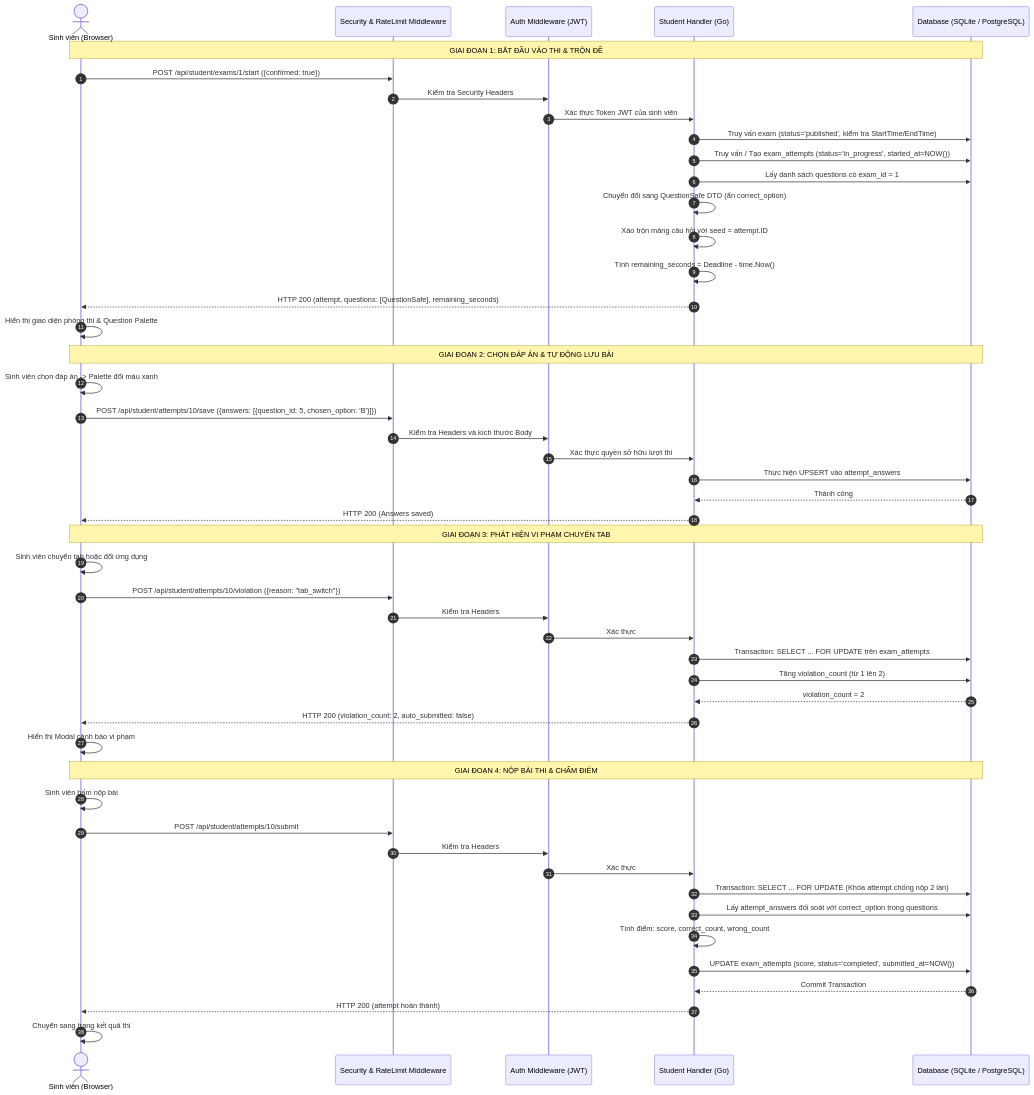
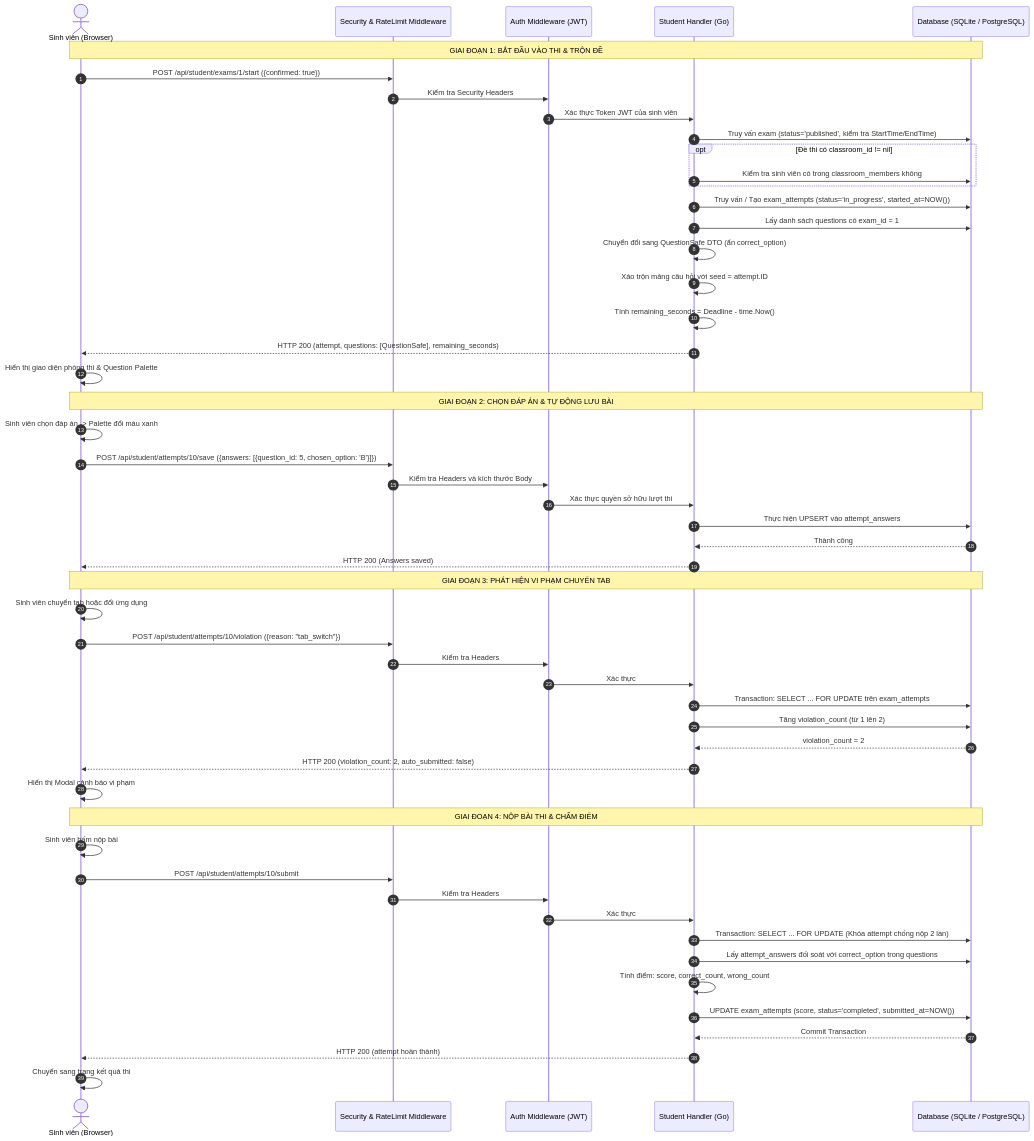
One commit to NguenDung/exam-system-mvp changed the fifth of 8 diagrams in ARCHITECTURE_AND_REPORT.md. Above: the diagram before and after it, drawn with Mermaid. The commit also changed other lines of this file and 23 other files, not shown here.

````diff
--- a/ARCHITECTURE_AND_REPORT.md
+++ b/ARCHITECTURE_AND_REPORT.md
@@ -515,55 +591,58 @@
 ```mermaid
 sequenceDiagram
     autonumber
     actor Student as Sinh viên (Browser)
     participant Sec as Security & RateLimit Middleware
     participant Auth as Auth Middleware (JWT)
     participant Handler as Student Handler (Go)
     participant DB as Database (SQLite / PostgreSQL)
 
     Note over Student, DB: GIAI ĐOẠN 1: BẮT ĐẦU VÀO THI & TRỘN ĐỀ
     Student->>Sec: POST /api/student/exams/1/start ({confirmed: true})
     Sec->>Auth: Kiểm tra Security Headers
     Auth->>Handler: Xác thực Token JWT của sinh viên
     Handler->>DB: Truy vấn exam (status='published', kiểm tra StartTime/EndTime)
+    opt Đề thi có classroom_id != nil
+        Handler->>DB: Kiểm tra sinh viên có trong classroom_members không
+    end
     Handler->>DB: Truy vấn / Tạo exam_attempts (status='in_progress', started_at=NOW())
     Handler->>DB: Lấy danh sách questions có exam_id = 1
     Handler->>Handler: Chuyển đổi sang QuestionSafe DTO (ẩn correct_option)
     Handler->>Handler: Xáo trộn mảng câu hỏi với seed = attempt.ID
     Handler->>Handler: Tính remaining_seconds = Deadline - time.Now()
     Handler-->>Student: HTTP 200 (attempt, questions: [QuestionSafe], remaining_seconds)
     Student->>Student: Hiển thị giao diện phòng thi & Question Palette
 
     Note over Student, DB: GIAI ĐOẠN 2: CHỌN ĐÁP ÁN & TỰ ĐỘNG LƯU BÀI
     Student->>Student: Sinh viên chọn đáp án -> Palette đổi màu xanh
     Student->>Sec: POST /api/student/attempts/10/save ({answers: [{question_id: 5, chosen_option: 'B'}]})
     Sec->>Auth: Kiểm tra Headers và kích thước Body
     Auth->>Handler: Xác thực quyền sở hữu lượt thi
     Handler->>DB: Thực hiện UPSERT vào attempt_answers
     DB-->>Handler: Thành công
     Handler-->>Student: HTTP 200 (Answers saved)
 
     Note over Student, DB: GIAI ĐOẠN 3: PHÁT HIỆN VI PHẠM CHUYỂN TAB
     Student->>Student: Sinh viên chuyển tab hoặc đổi ứng dụng
     Student->>Sec: POST /api/student/attempts/10/violation ({reason: "tab_switch"})
     Sec->>Auth: Kiểm tra Headers
     Auth->>Handler: Xác thực
     Handler->>DB: Transaction: SELECT ... FOR UPDATE trên exam_attempts
     Handler->>DB: Tăng violation_count (từ 1 lên 2)
     DB-->>Handler: violation_count = 2
     Handler-->>Student: HTTP 200 (violation_count: 2, auto_submitted: false)
     Student->>Student: Hiển thị Modal cảnh báo vi phạm
 
     Note over Student, DB: GIAI ĐOẠN 4: NỘP BÀI THI & CHẤM ĐIỂM
     Student->>Student: Sinh viên bấm nộp bài
     Student->>Sec: POST /api/student/attempts/10/submit
     Sec->>Auth: Kiểm tra Headers
     Auth->>Handler: Xác thực
     Handler->>DB: Transaction: SELECT ... FOR UPDATE (Khóa attempt chống nộp 2 lần)
     Handler->>DB: Lấy attempt_answers đối soát với correct_option trong questions
     Handler->>Handler: Tính điểm: score, correct_count, wrong_count
     Handler->>DB: UPDATE exam_attempts (score, status='completed', submitted_at=NOW())
     DB-->>Handler: Commit Transaction
     Handler-->>Student: HTTP 200 (attempt hoàn thành)
     Student->>Student: Chuyển sang trang kết quả thi
 ```
````
